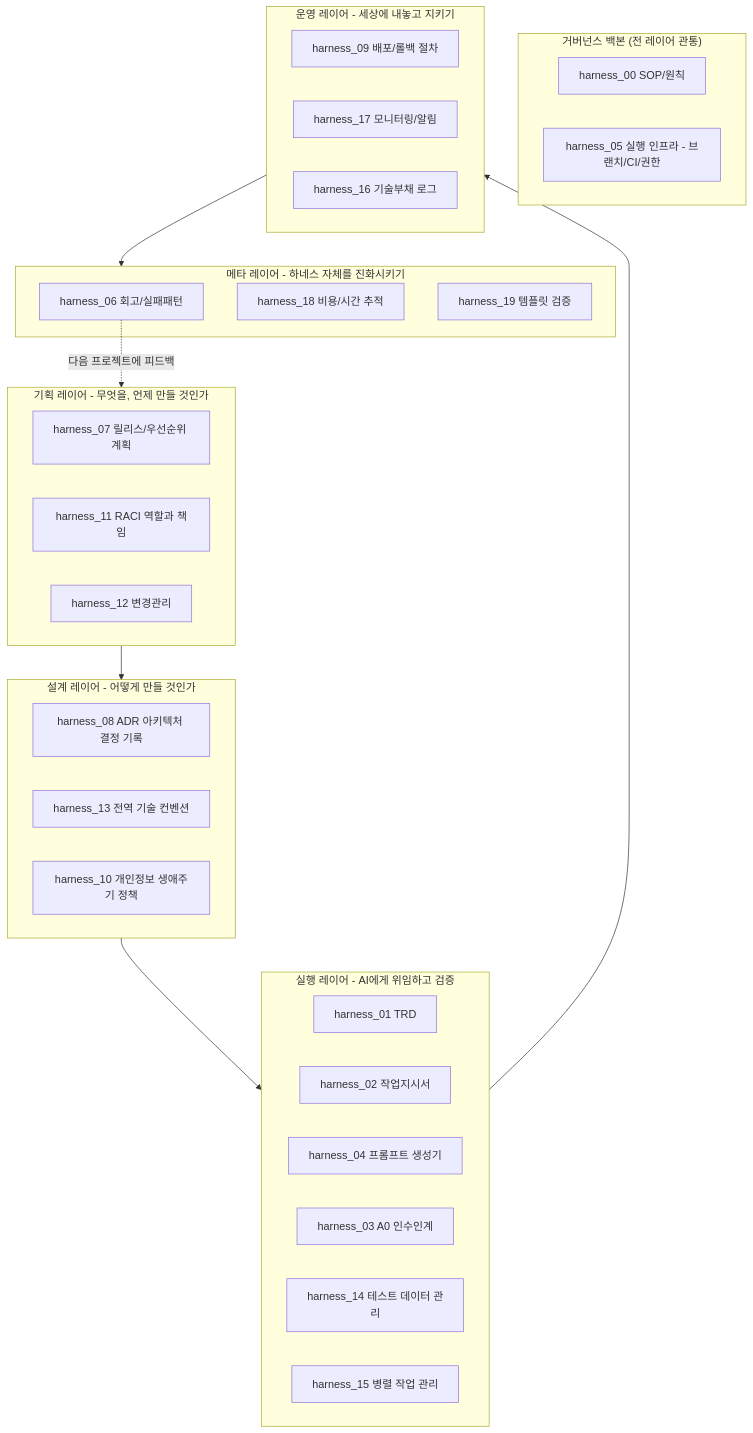
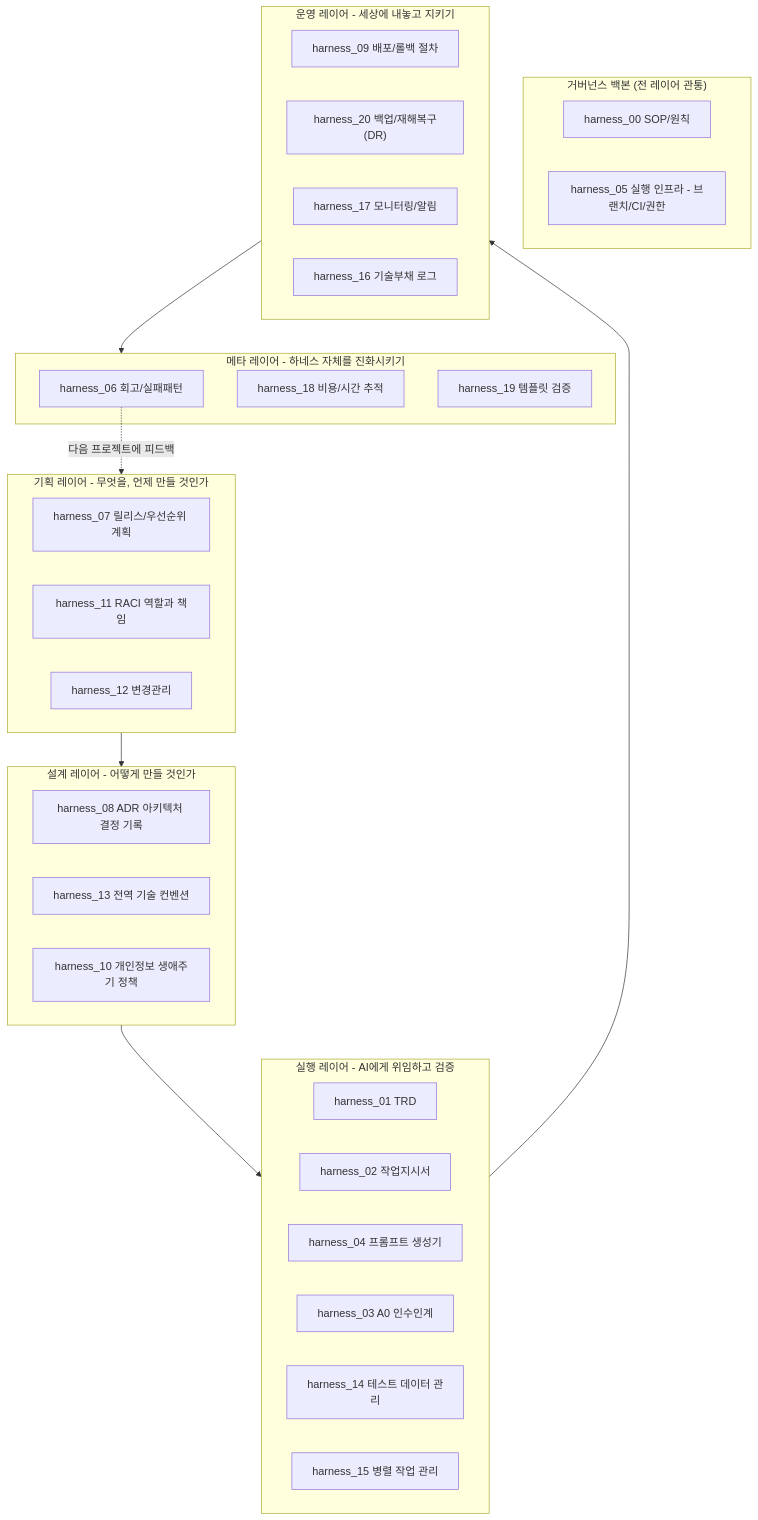
The second of 3 diagrams in harness/harness_00_definition.md (jcs19752510-ui/HARNESS_BASIC), drawn with Mermaid before and after one commit. The commit also changed other lines of this file and 13 other files, not shown here.

````diff
--- a/harness/harness_00_definition.md
+++ b/harness/harness_00_definition.md
@@ -69,38 +69,39 @@
 ```mermaid
 graph TD
     subgraph L1["기획 레이어 - 무엇을, 언제 만들 것인가"]
         F1["harness_07 릴리스/우선순위 계획"]
         F2["harness_11 RACI 역할과 책임"]
         F3["harness_12 변경관리"]
     end
     subgraph L2["설계 레이어 - 어떻게 만들 것인가"]
         D1["harness_08 ADR 아키텍처 결정 기록"]
         D2["harness_13 전역 기술 컨벤션"]
         D3["harness_10 개인정보 생애주기 정책"]
     end
     subgraph L3["실행 레이어 - AI에게 위임하고 검증"]
         E1["harness_01 TRD"]
         E2["harness_02 작업지시서"]
         E3["harness_04 프롬프트 생성기"]
         E4["harness_03 A0 인수인계"]
         E5["harness_14 테스트 데이터 관리"]
         E6["harness_15 병렬 작업 관리"]
     end
     subgraph BB["거버넌스 백본 (전 레이어 관통)"]
         B1["harness_00 SOP/원칙"]
         B2["harness_05 실행 인프라 - 브랜치/CI/권한"]
     end
     subgraph L4["운영 레이어 - 세상에 내놓고 지키기"]
         O1["harness_09 배포/롤백 절차"]
+        O4["harness_20 백업/재해복구(DR)"]
         O2["harness_17 모니터링/알림"]
         O3["harness_16 기술부채 로그"]
     end
     subgraph L5["메타 레이어 - 하네스 자체를 진화시키기"]
         M1["harness_06 회고/실패패턴"]
         M2["harness_18 비용/시간 추적"]
         M3["harness_19 템플릿 검증"]
     end
 
     L1 --> L2 --> L3 --> L4 --> L5
     M1 -. 다음 프로젝트에 피드백 .-> L1
 ```
````
